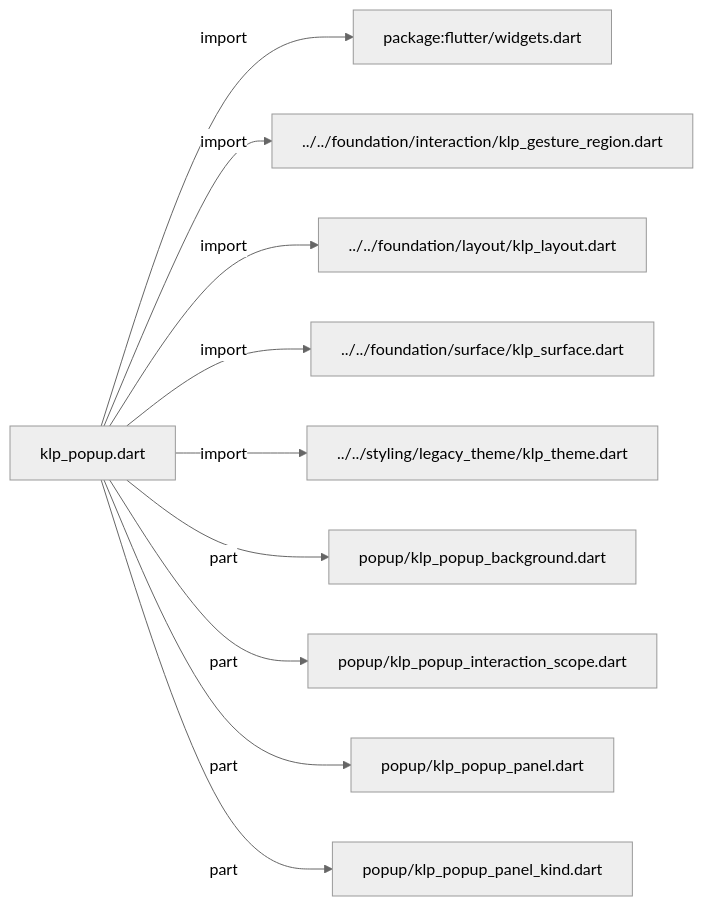
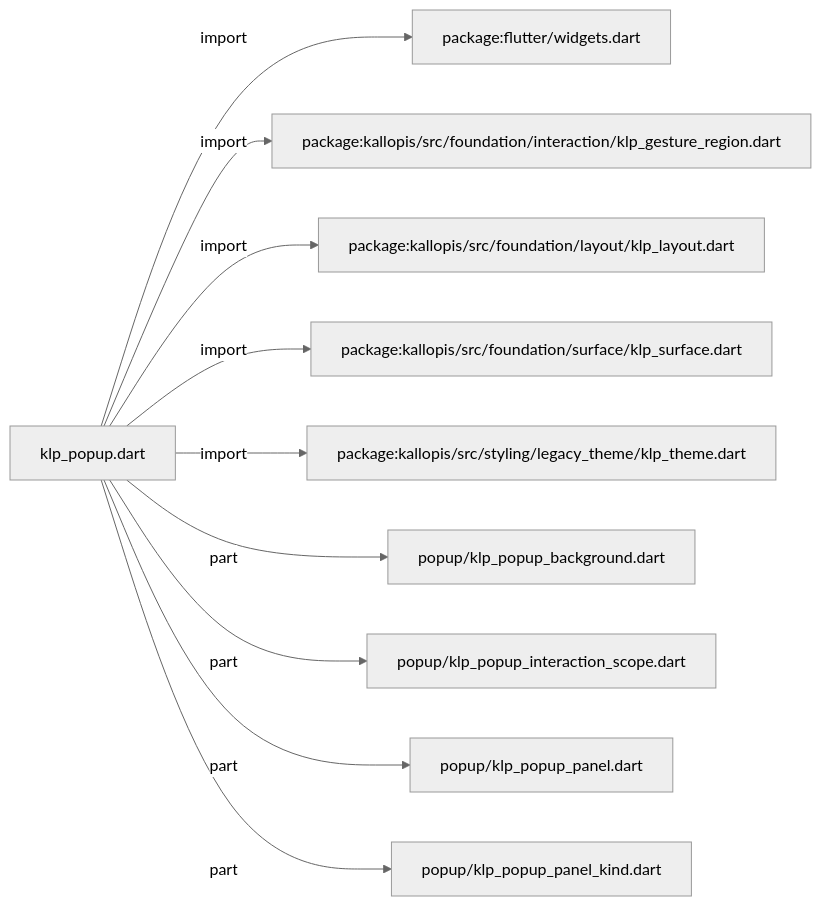
Before and after one commit to MiuDog/Kallopis: the diagram in docs/architecture/src/features/overlays/klp_popup.md, drawn with Mermaid (neutral theme). The commit also changed other lines of this file and 9688 other files, not shown here.

Commit message:
Prepare isolated Flow F2 peer baseline

````diff
--- a/docs/architecture/src/features/overlays/klp_popup.md
+++ b/docs/architecture/src/features/overlays/klp_popup.md
@@ -11,22 +11,22 @@
 ```mermaid
 flowchart LR
 	n0["klp_popup.dart"]
 	n1["package:flutter/widgets.dart"]
-	n2["../../foundation/interaction/klp_gesture_region.dart"]
-	n3["../../foundation/layout/klp_layout.dart"]
-	n4["../../foundation/surface/klp_surface.dart"]
-	n5["../../styling/legacy_theme/klp_theme.dart"]
+	n2["package:kallopis/src/foundation/interaction/klp_gesture_region.dart"]
+	n3["package:kallopis/src/foundation/layout/klp_layout.dart"]
+	n4["package:kallopis/src/foundation/surface/klp_surface.dart"]
+	n5["package:kallopis/src/styling/legacy_theme/klp_theme.dart"]
 	n6["popup/klp_popup_background.dart"]
 	n7["popup/klp_popup_interaction_scope.dart"]
 	n8["popup/klp_popup_panel.dart"]
 	n9["popup/klp_popup_panel_kind.dart"]
 	n0 -->|"import"| n1
 	n0 -->|"import"| n2
 	n0 -->|"import"| n3
 	n0 -->|"import"| n4
 	n0 -->|"import"| n5
 	n0 -->|"part"| n6
 	n0 -->|"part"| n7
 	n0 -->|"part"| n8
 	n0 -->|"part"| n9
 ```
````
